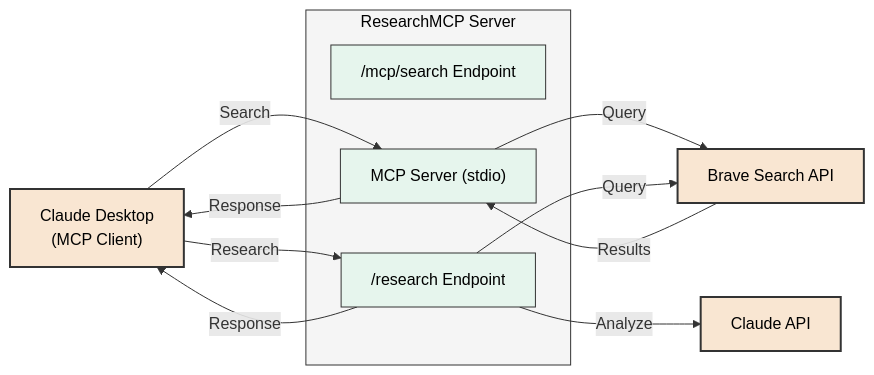
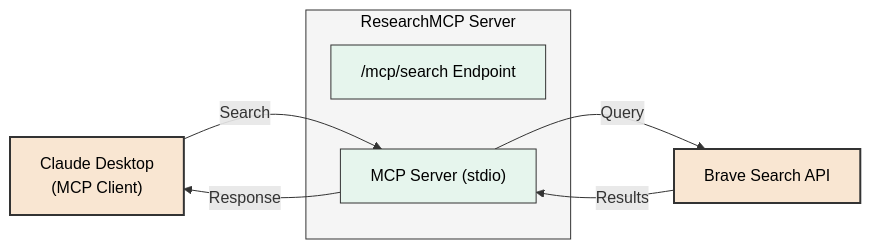
One commit to riii111/ResearchMCP changed the diagram in README.md. Above: the diagram before and after it, drawn with Mermaid. The commit also changed other lines of this file and 10 other files, not shown here.

````diff
--- a/README.md
+++ b/README.md
@@ -100,30 +98,23 @@
 ```mermaid
 graph LR
     Claude["Claude Desktop<br>(MCP Client)"]
     BraveAPI["Brave Search API"]
-    ClaudeAPI["Claude API"]
     
     subgraph ResearchMCP["ResearchMCP Server"]
         MCPEndpoint["/mcp/search Endpoint"]
         MCPServer["MCP Server (stdio)"]
-        ResearchEndpoint["/research Endpoint"]
     end
     
     Claude -->|Search| MCPServer
     MCPServer -->|Query| BraveAPI
     BraveAPI -->|Results| MCPServer
     MCPServer -->|Response| Claude
     
-    Claude -->|Research| ResearchEndpoint
-    ResearchEndpoint -->|Query| BraveAPI
-    ResearchEndpoint -->|Analyze| ClaudeAPI
-    ResearchEndpoint -->|Response| Claude
-    
     classDef external fill:#f9e6d2,stroke:#333,stroke-width:2px,color:#000
     classDef component fill:#e6f5ed,stroke:#333,color:#000
     classDef container fill:#f5f5f5,stroke:#333,color:#000
     
-    class Claude,BraveAPI,ClaudeAPI external
-    class MCPEndpoint,MCPServer,ResearchEndpoint component
+    class Claude,BraveAPI external
+    class MCPEndpoint,MCPServer component
     class ResearchMCP container
 ```
````
